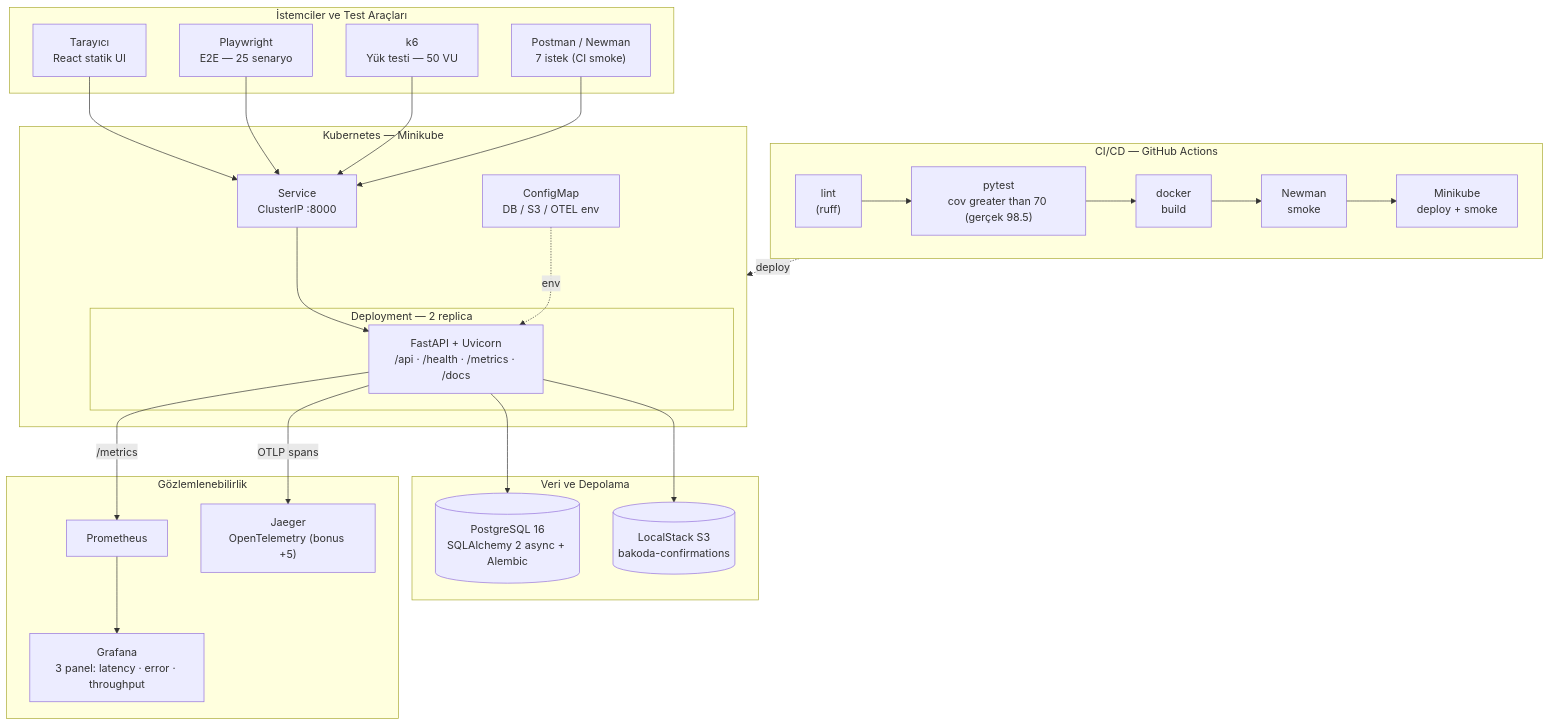
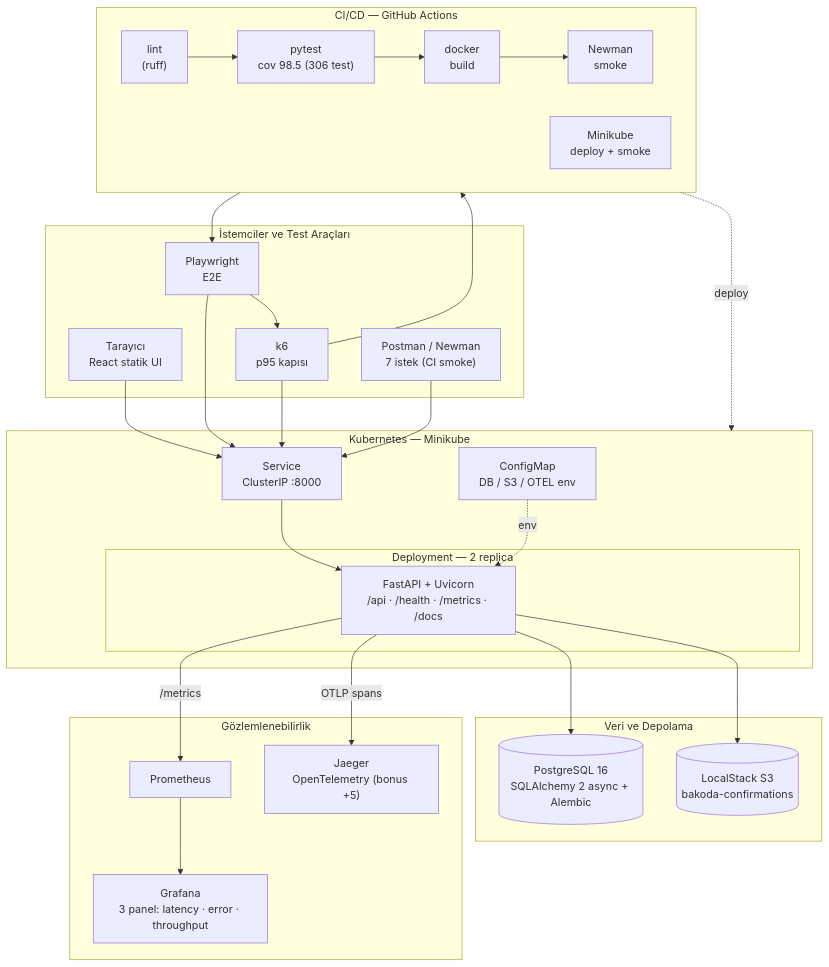
Before and after one commit to BurakTz/bakoda: the diagram in docs/architecture.mmd, drawn with Mermaid. The commit also changed 18 other files, not shown here.

```diff
--- a/docs/architecture.mmd
+++ b/docs/architecture.mmd
@@ -1,48 +1,48 @@
 %% Bakoda — Hotel Room Booking | Mimari Diyagram
 %% mermaid.live editörüne yapıştırıp PNG export edin -> docs/architecture.png
 flowchart TB
     subgraph clients["İstemciler ve Test Araçları"]
         UI["Tarayıcı<br/>React statik UI"]
         E2E["Playwright<br/>E2E — 25 senaryo"]
         K6["k6<br/>Yük testi — 50 VU"]
         PM["Postman / Newman<br/>7 istek (CI smoke)"]
     end
 
     subgraph k8s["Kubernetes — Minikube"]
         SVC["Service<br/>ClusterIP :8000"]
         CM["ConfigMap<br/>DB / S3 / OTEL env"]
         subgraph deploy["Deployment — 2 replica"]
             API["FastAPI + Uvicorn<br/>/api · /health · /metrics · /docs"]
         end
         SVC --> API
         CM -. env .-> API
     end
 
     subgraph data["Veri ve Depolama"]
         PG[("PostgreSQL 16<br/>SQLAlchemy 2 async + Alembic")]
         S3[("LocalStack S3<br/>bakoda-confirmations")]
     end
 
     subgraph obs["Gözlemlenebilirlik"]
         PROM["Prometheus"]
         GRAF["Grafana<br/>3 panel: latency · error · throughput"]
         JAEG["Jaeger<br/>OpenTelemetry (bonus +5)"]
         PROM --> GRAF
     end
 
     subgraph ci["CI/CD — GitHub Actions"]
         direction LR
-        L["lint<br/>(ruff)"] --> T["pytest<br/>cov greater than 70 (gerçek 98.5)"] --> B["docker<br/>build"] --> N["Newman<br/>smoke"] --> D["Minikube<br/>deploy + smoke"]
+        L["lint<br/>(ruff)"] --> T["pytest<br/>cov 98.5 (306 test)"] --> B["docker<br/>build"] --> N["Newman<br/>smoke"] --> E2E["Playwright<br/>E2E"] --> K6["k6<br/>p95 kapısı"] --> D["Minikube<br/>deploy + smoke"]
     end
 
     UI --> SVC
     E2E --> SVC
     K6 --> SVC
     PM --> SVC
 
     API --> PG
     API --> S3
     API -- /metrics --> PROM
     API -- OTLP spans --> JAEG
 
     D -. deploy .-> k8s
```
